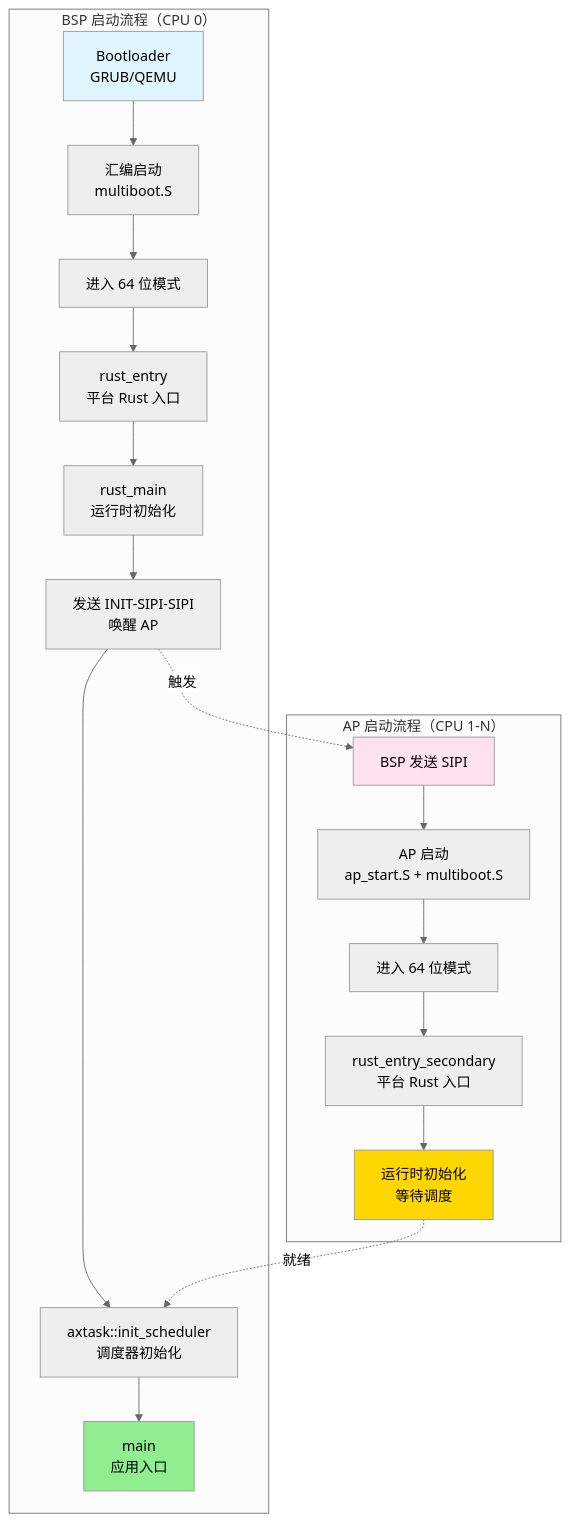
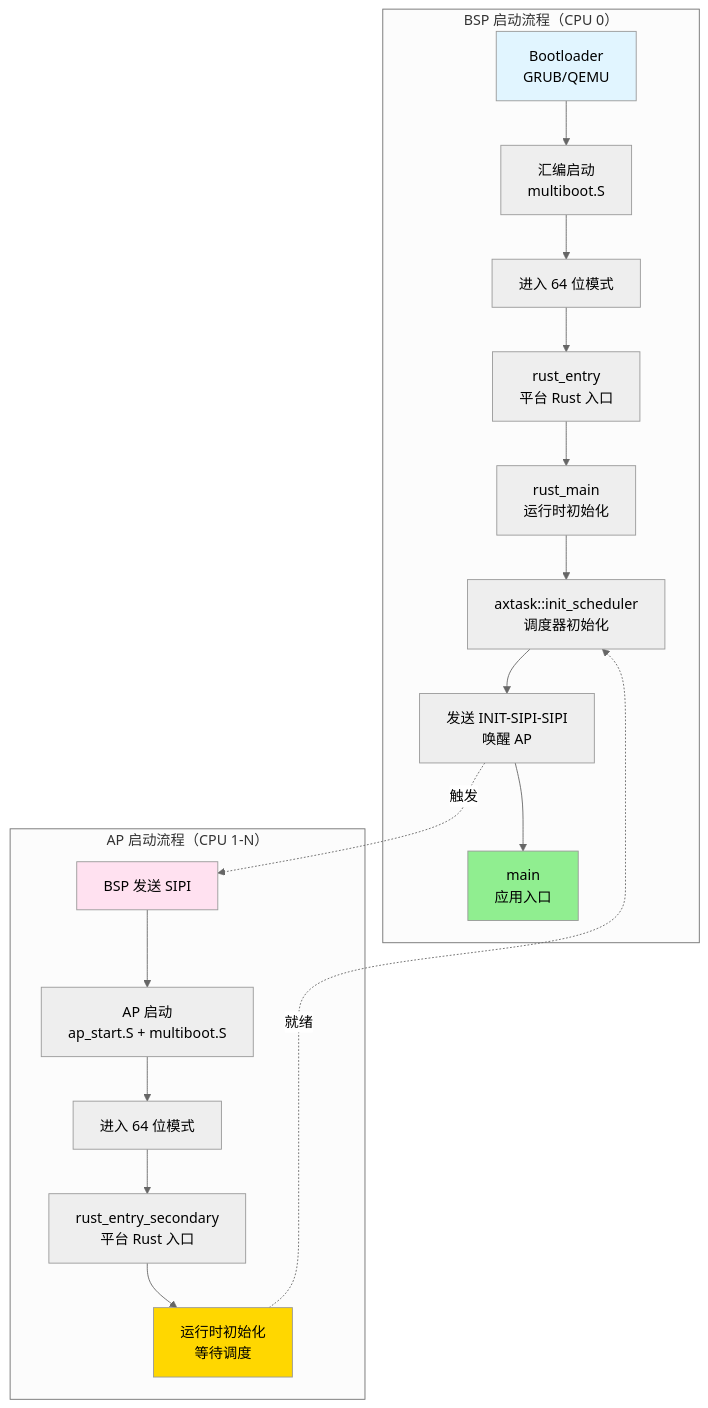
One commit to arceos-hypervisor/axvisor changed the second of 7 diagrams in doc/00_AXVISOR_STARTUP.md. Above: the diagram before and after it, drawn with Mermaid (neutral theme). The commit also changed other lines of this file, not shown here.

````diff
--- a/doc/00_AXVISOR_STARTUP.md
+++ b/doc/00_AXVISOR_STARTUP.md
@@ -235,27 +235,27 @@
 ```mermaid
 graph TD
     subgraph "BSP 启动流程（CPU 0）"
         A1[Bootloader<br/>GRUB/QEMU] --> B1[汇编启动<br/>multiboot.S]
         B1 --> C1[进入 64 位模式]
         C1 --> D1[rust_entry<br/>平台 Rust 入口]
         D1 --> E1[rust_main<br/>运行时初始化]
-        E1 --> F1[发送 INIT-SIPI-SIPI<br/>唤醒 AP]
-        F1 --> G1[axtask::init_scheduler<br/>调度器初始化]
-        G1 --> H1[main<br/>应用入口]
+        E1 --> G1[axtask::init_scheduler<br/>调度器初始化]
+        G1 --> F1[发送 INIT-SIPI-SIPI<br/>唤醒 AP]
+        F1 --> H1[main<br/>应用入口]
     end
 
     subgraph "AP 启动流程（CPU 1-N）"
         A2[BSP 发送 SIPI] --> B2[AP 启动<br/>ap_start.S + multiboot.S]
         B2 --> C2[进入 64 位模式]
         C2 --> D2[rust_entry_secondary<br/>平台 Rust 入口]
         D2 --> E2[运行时初始化<br/>等待调度]
     end
 
     F1 -.->|触发| A2
     E2 -.->|就绪| G1
 
     style A1 fill:#e1f5ff
     style A2 fill:#ffe1f0
     style H1 fill:#90EE90
     style E2 fill:#FFD700
 ```
````
